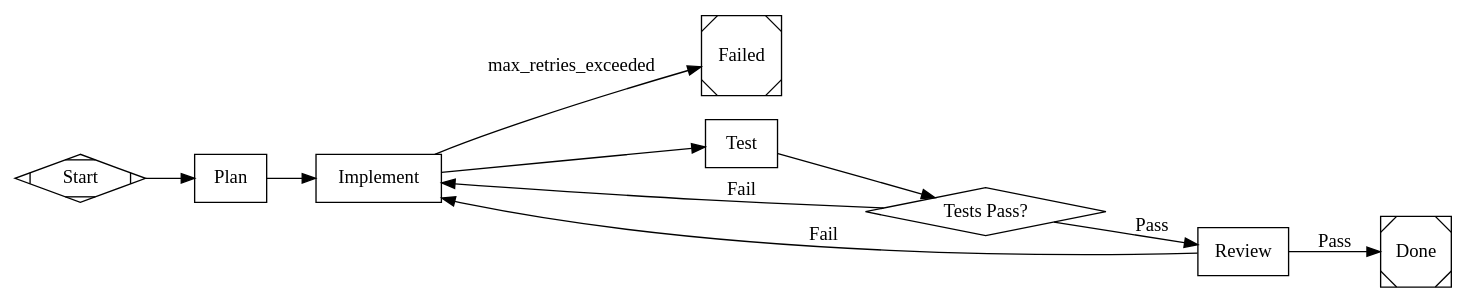
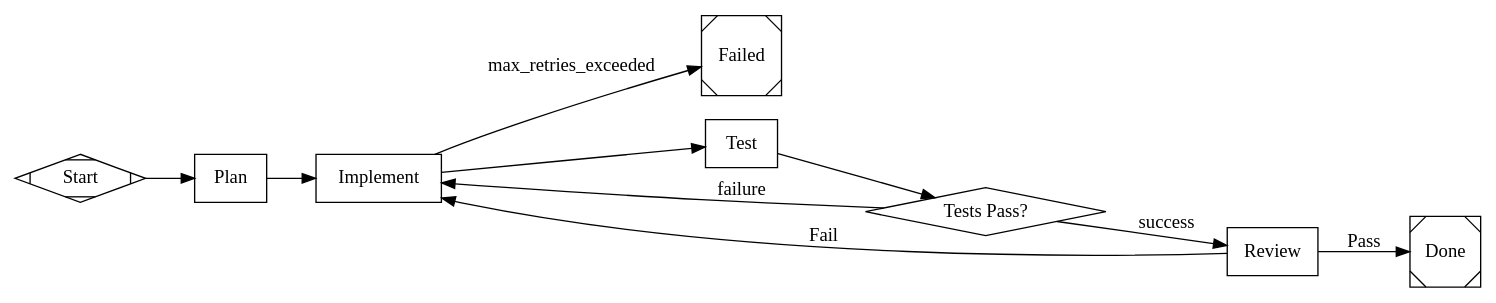
Before and after one commit to 2389-research/smasher: the second of 2 diagrams in skills/english-to-dotfile.md, drawn with Graphviz. The commit also changed other lines of this file and 10 other files, not shown here.

````diff
--- a/skills/english-to-dotfile.md
+++ b/skills/english-to-dotfile.md
@@ -139,45 +147,45 @@
 ```dot
 digraph build_calculator {
     graph [goal="Build a calculator web app with tests and code review"]
     rankdir=LR
 
     start [shape=Mdiamond, label="Start"]
     done  [shape=Msquare, label="Done"]
     failed [shape=Msquare, label="Failed"]
 
     plan [
         shape=box,
         label="Plan",
         prompt="Analyze the requirements and produce a detailed implementation plan for a calculator web app. Include: tech stack decisions, component architecture, and test strategy."
     ]
 
     implement [
         shape=box,
         label="Implement",
         goal_gate=true,
         prompt="Implement the calculator web app following the plan. Create all necessary files: HTML, CSS, JavaScript. Include add, subtract, multiply, divide operations with a clean UI."
     ]
 
     test [
         shape=box,
         label="Test",
         prompt="Write and run tests for the calculator. Test each operation, edge cases (division by zero, large numbers), and UI interactions. Report results clearly."
     ]
 
-    test_ok [shape=diamond, label="Tests Pass?"]
+    test_ok [shape=diamond, label="Tests Pass?", condition="outcome=success"]
 
     review [
         shape=box,
         label="Review",
         class="review",
         prompt="Review all generated code. Check for: correctness, edge cases, accessibility, code style. End with OUTCOME:PASS or OUTCOME:FAIL."
     ]
 
     start -> plan -> implement -> test -> test_ok
-    test_ok -> review    [label="Pass", condition="outcome=success"]
-    test_ok -> implement [label="Fail", condition="outcome=fail", loop_restart=true]
+    test_ok -> review    [label="success"]
+    test_ok -> implement [label="failure", loop_restart=true]
     review -> done   [label="Pass", condition="outcome=success"]
-    review -> implement [label="Fail", condition="outcome=fail", loop_restart=true]
+    review -> implement [label="Fail", condition="outcome=failure", loop_restart=true]
     implement -> failed [label="max_retries_exceeded"]
 }
 ```
````
